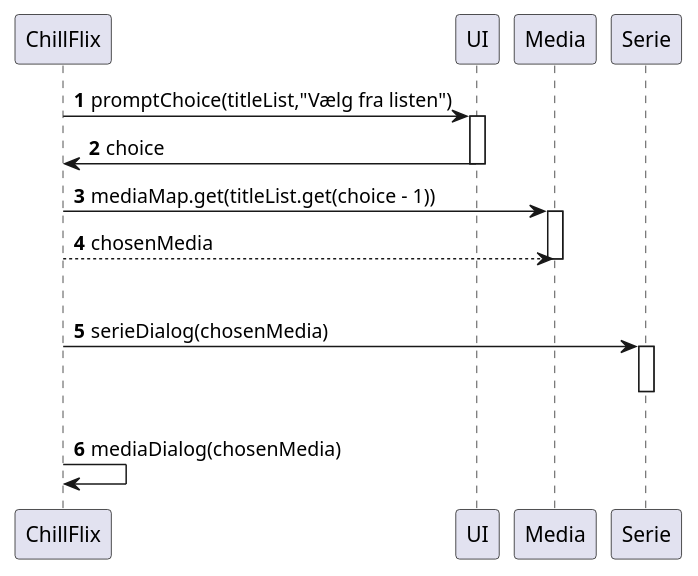
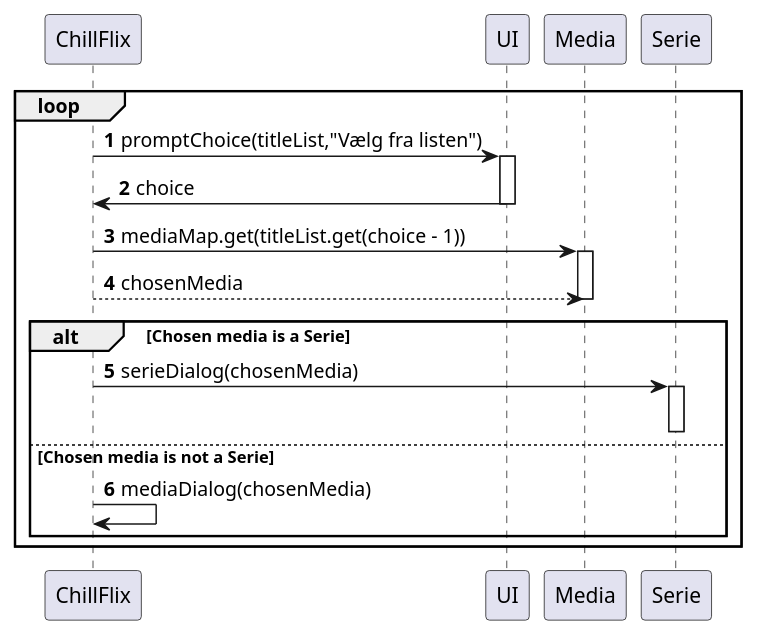
The diagram in docs/SelectMovieDialogSequence.puml (Falcho/SP3), drawn with PlantUML before and after one commit.

Commit message:
Oprettede og udfyldt LoginDialogSequence.puml

```diff
--- a/docs/SelectMovieDialogSequence.puml
+++ b/docs/SelectMovieDialogSequence.puml
@@ -1,28 +1,30 @@
 @startuml
 'https://plantuml.com/sequence-diagram
 
 autonumber
 
 participant ChillFlix
 participant UI
 participant Media
 participant Serie
 
+loop
 ChillFlix -> UI: promptChoice(titleList,"Vælg fra listen")
 activate UI
 UI -> ChillFlix: choice
 deactivate UI
 
 ChillFlix -> Media: mediaMap.get(titleList.get(choice - 1))
 activate Media
 Media <-- ChillFlix: chosenMedia
 deactivate Media
-
 alt Chosen media is a Serie
     ChillFlix -> Serie: serieDialog(chosenMedia)
     activate Serie
     deactivate Serie
 else Chosen media is not a Serie
     ChillFlix -> ChillFlix: mediaDialog(chosenMedia)
+end
+end
 
 @enduml
```
